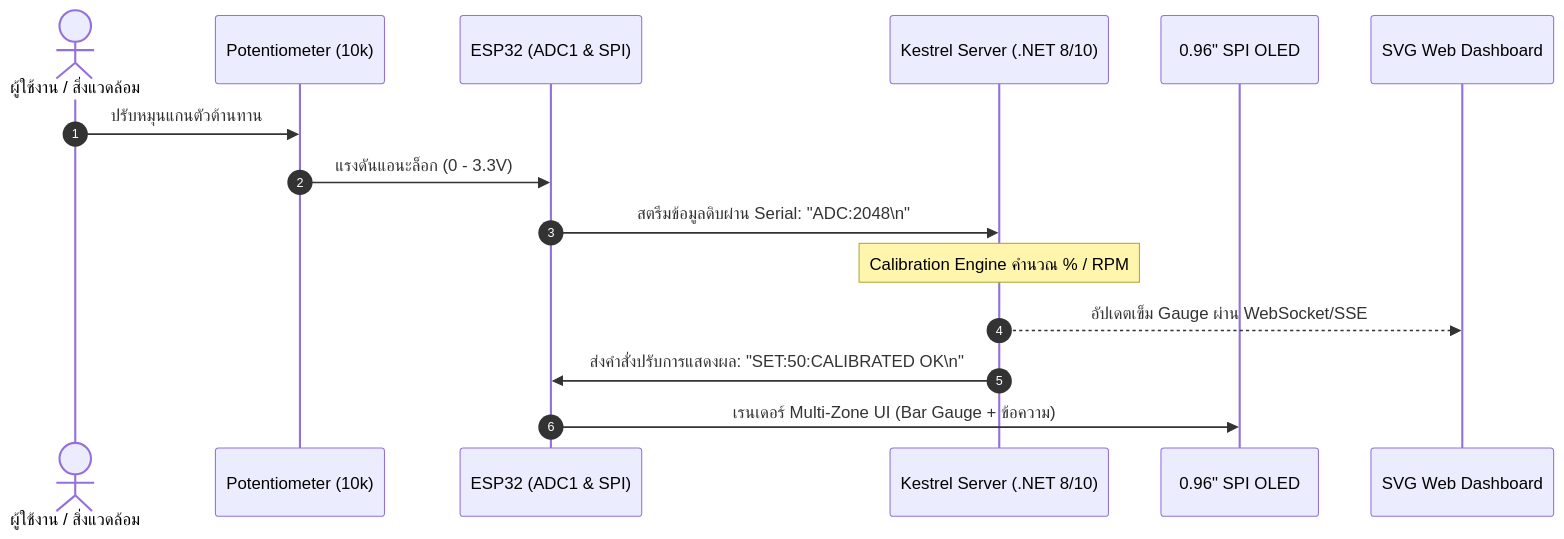
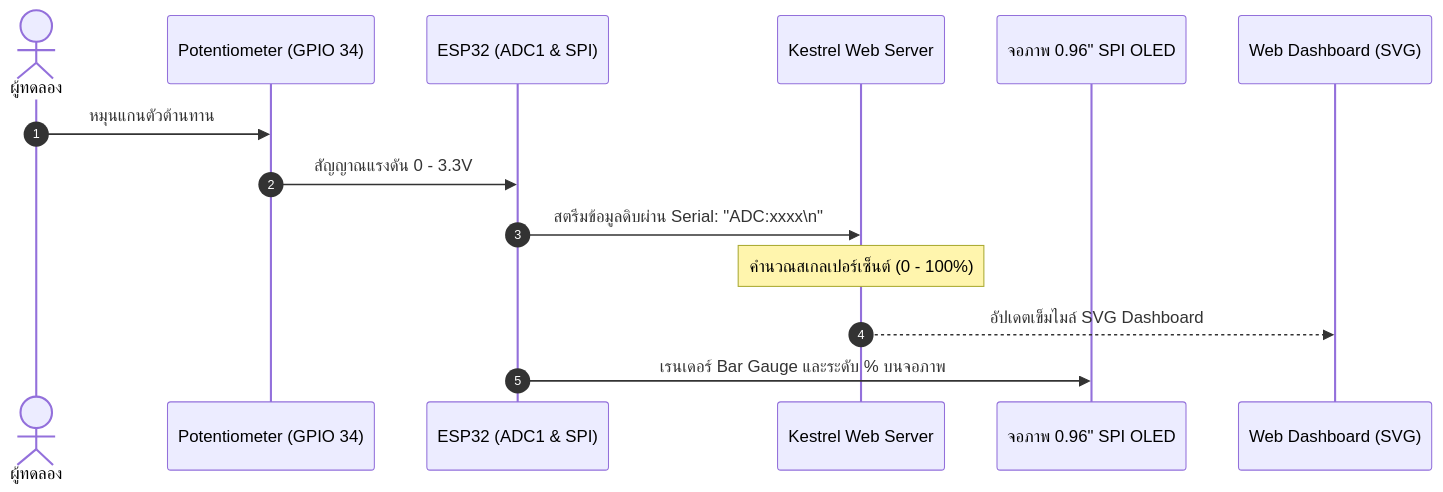
Before and after one commit to phuwishpk/Week-09-SPI-OLED-and-Kestrel-UI: the diagram in 67030183/report.md, drawn with Mermaid. The commit also changed other lines of this file and 5 other files, not shown here.

````diff
--- a/67030183/report.md
+++ b/67030183/report.md
@@ -276,18 +142,17 @@
 ```mermaid
 sequenceDiagram
     autonumber
-    actor User as ผู้ใช้งาน / สิ่งแวดล้อม
-    participant Pot as Potentiometer (10k)
+    actor User as ผู้ทดลอง
+    participant Pot as Potentiometer (GPIO 34)
     participant ESP as ESP32 (ADC1 & SPI)
-    participant Server as Kestrel Server (.NET 8/10)
-    participant OLED as 0.96" SPI OLED
-    participant Web as SVG Web Dashboard
+    participant Server as Kestrel Web Server
+    participant OLED as จอภาพ 0.96" SPI OLED
+    participant Web as Web Dashboard (SVG)
 
-    User->>Pot: ปรับหมุนแกนตัวต้านทาน
-    Pot->>ESP: แรงดันแอนะล็อก (0 - 3.3V)
-    ESP->>Server: สตรีมข้อมูลดิบผ่าน Serial: "ADC:2048\n"
-    Note over Server: Calibration Engine คำนวณ % / RPM
-    Server-->>Web: อัปเดตเข็ม Gauge ผ่าน WebSocket/SSE
-    Server->>ESP: ส่งคำสั่งปรับการแสดงผล: "SET:50:CALIBRATED OK\n"
-    ESP->>OLED: เรนเดอร์ Multi-Zone UI (Bar Gauge + ข้อความ)
+    User->>Pot: หมุนแกนตัวต้านทาน
+    Pot->>ESP: สัญญาณแรงดัน 0 - 3.3V
+    ESP->>Server: สตรีมข้อมูลดิบผ่าน Serial: "ADC:xxxx\n"
+    Note over Server: คำนวณสเกลเปอร์เซ็นต์ (0 - 100%)
+    Server-->>Web: อัปเดตเข็มไมล์ SVG Dashboard
+    ESP->>OLED: เรนเดอร์ Bar Gauge และระดับ % บนจอภาพ
 ```
````
